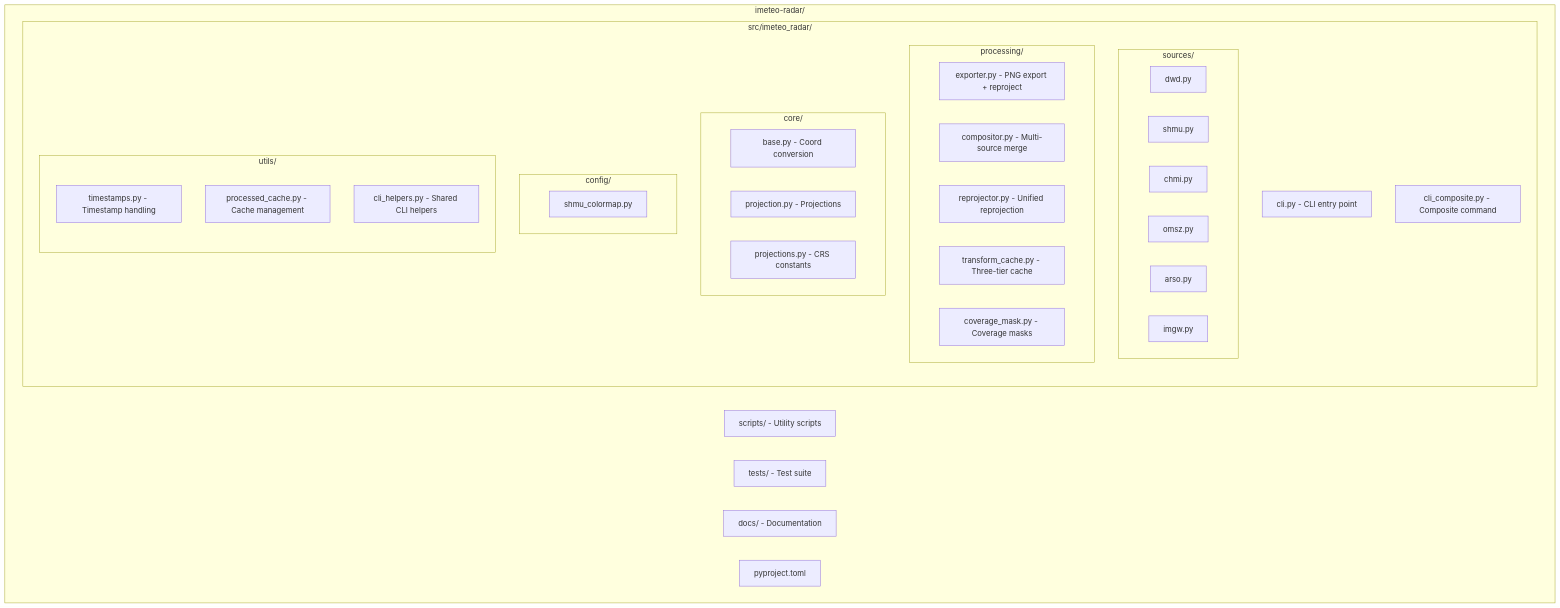
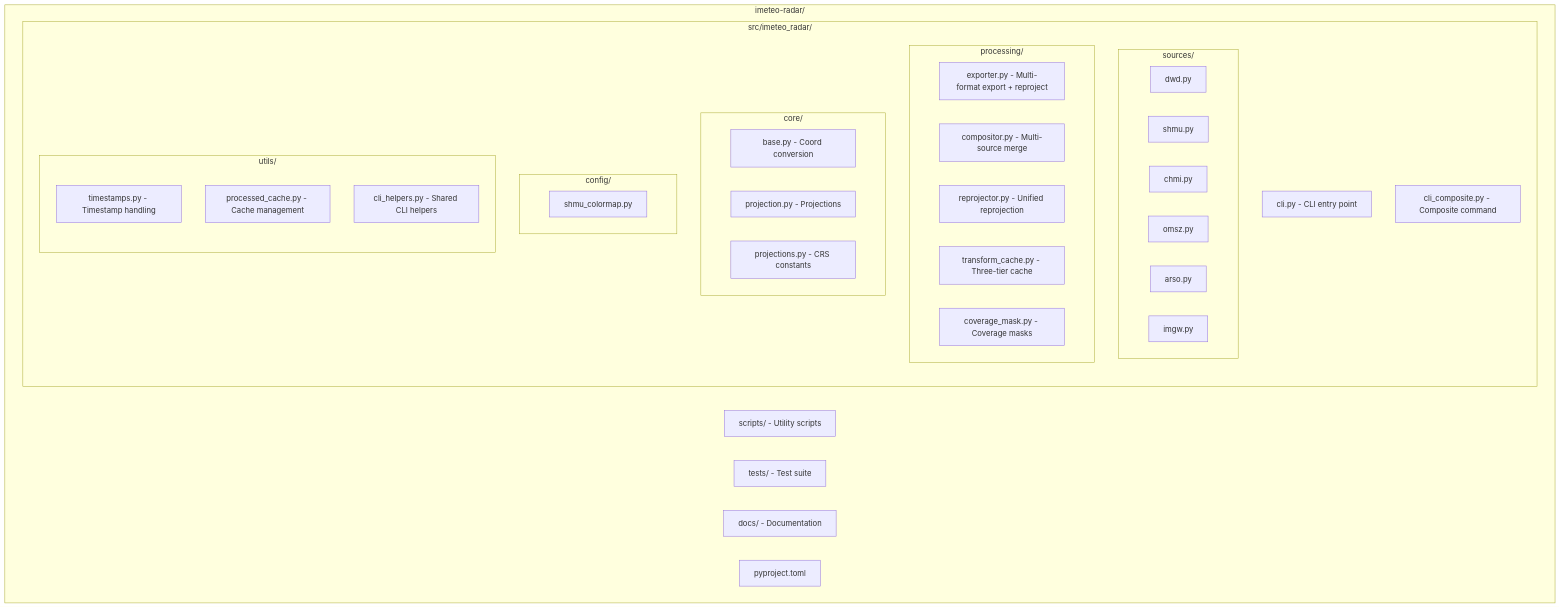
Before and after one commit to franko14/radar-shmu: the diagram in docs/development.md, drawn with Mermaid. The commit also changed other lines of this file and 4 other files, not shown here.

````diff
--- a/docs/development.md
+++ b/docs/development.md
@@ -53,47 +53,47 @@
 ```mermaid
 graph TB
     subgraph root["imeteo-radar/"]
         subgraph src["src/imeteo_radar/"]
             CLI["cli.py - CLI entry point"]
             CLIC["cli_composite.py - Composite command"]
 
             subgraph sources["sources/"]
                 DWD["dwd.py"]
                 SHMU["shmu.py"]
                 CHMI["chmi.py"]
                 OMSZ["omsz.py"]
                 ARSO["arso.py"]
                 IMGW["imgw.py"]
             end
 
             subgraph processing["processing/"]
-                EXP["exporter.py - PNG export + reproject"]
+                EXP["exporter.py - Multi-format export + reproject"]
                 COMP["compositor.py - Multi-source merge"]
                 REPR["reprojector.py - Unified reprojection"]
                 TCACHE["transform_cache.py - Three-tier cache"]
                 CMASK["coverage_mask.py - Coverage masks"]
             end
 
             subgraph core["core/"]
                 BASE["base.py - Coord conversion"]
                 PROJ["projection.py - Projections"]
                 PROJS["projections.py - CRS constants"]
             end
 
             subgraph config["config/"]
                 CMAP["shmu_colormap.py"]
             end
 
             subgraph utils["utils/"]
                 TS["timestamps.py - Timestamp handling"]
                 CACHE["processed_cache.py - Cache management"]
                 CLIH["cli_helpers.py - Shared CLI helpers"]
             end
         end
 
         SCRIPTS["scripts/ - Utility scripts"]
         TESTS["tests/ - Test suite"]
         DOCS["docs/ - Documentation"]
         PYPROJ["pyproject.toml"]
     end
 ```
````
